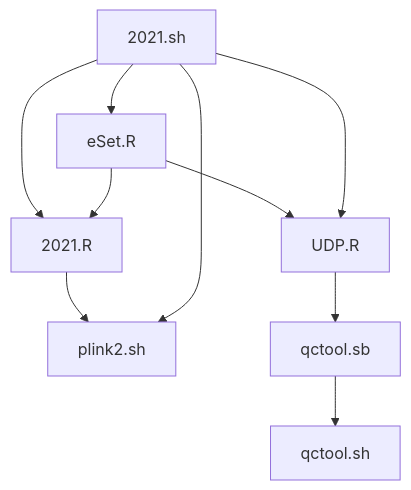
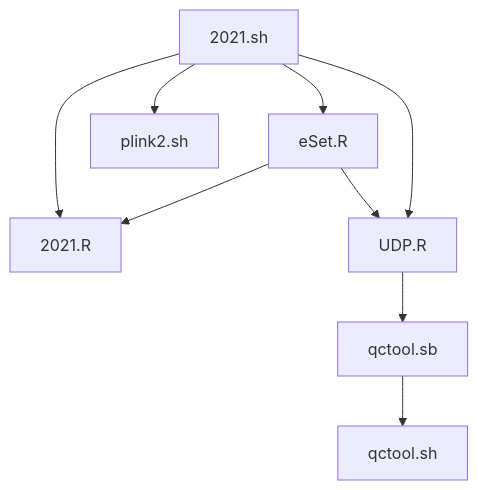
One commit to jinghuazhao/Caprion changed the second of 2 diagrams in docs/README.md. Above: the diagram before and after it, drawn with Mermaid. The commit also changed 1 other file, not shown here.

````diff
--- a/docs/README.md
+++ b/docs/README.md
@@ -51,13 +51,12 @@
 ```mermaid
 graph TB
 2021.sh
 2021.sh --> eSet.R
 2021.sh --> 2021.R
-2021.R --> plink2.sh
 eSet.R --> 2021.R
 eSet.R --> UDP.R
 2021.sh --> UDP.R
 UDP.R --> qctool.sb
 qctool.sb --> qctool.sh
 2021.sh --> plink2.sh
 ```
````
